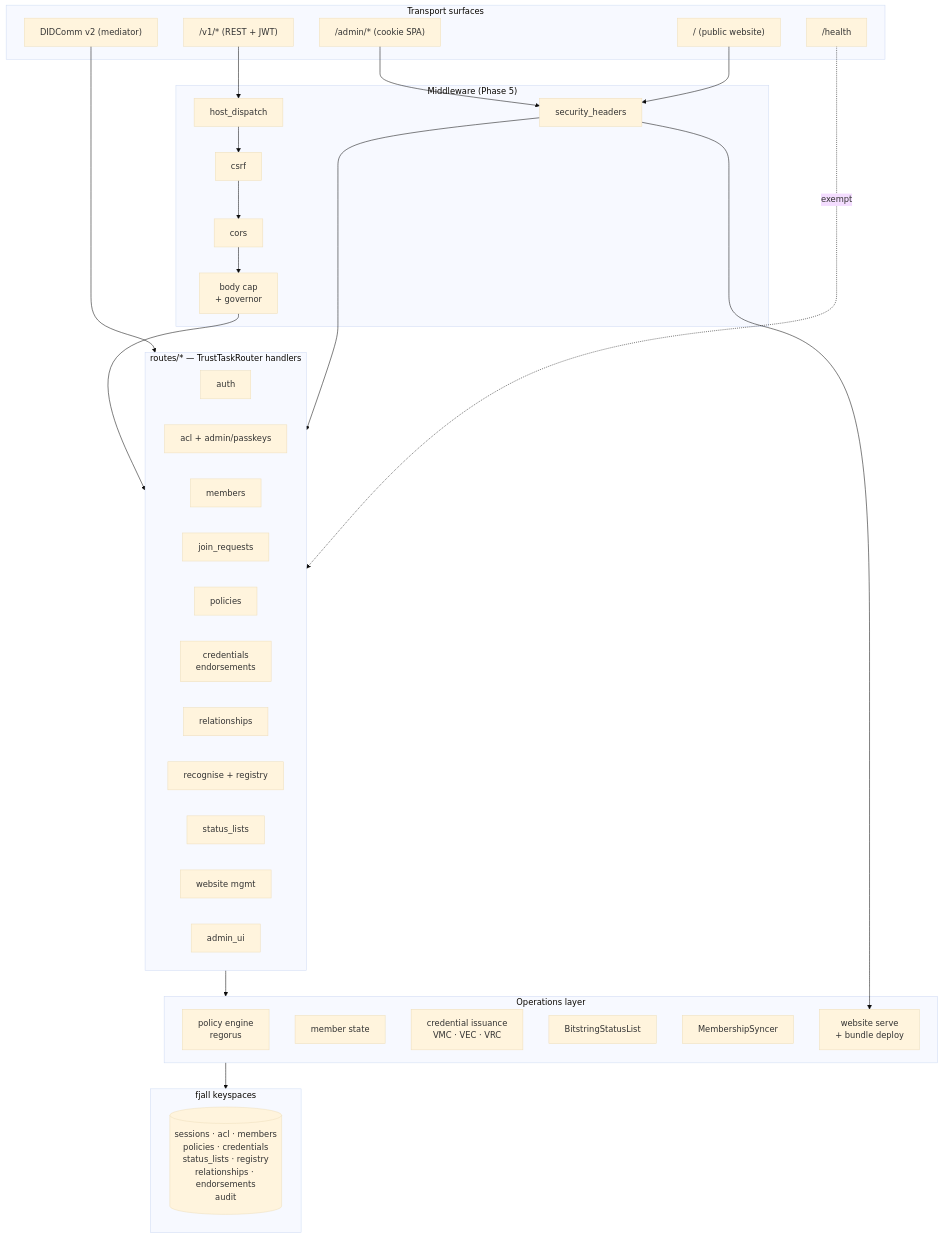
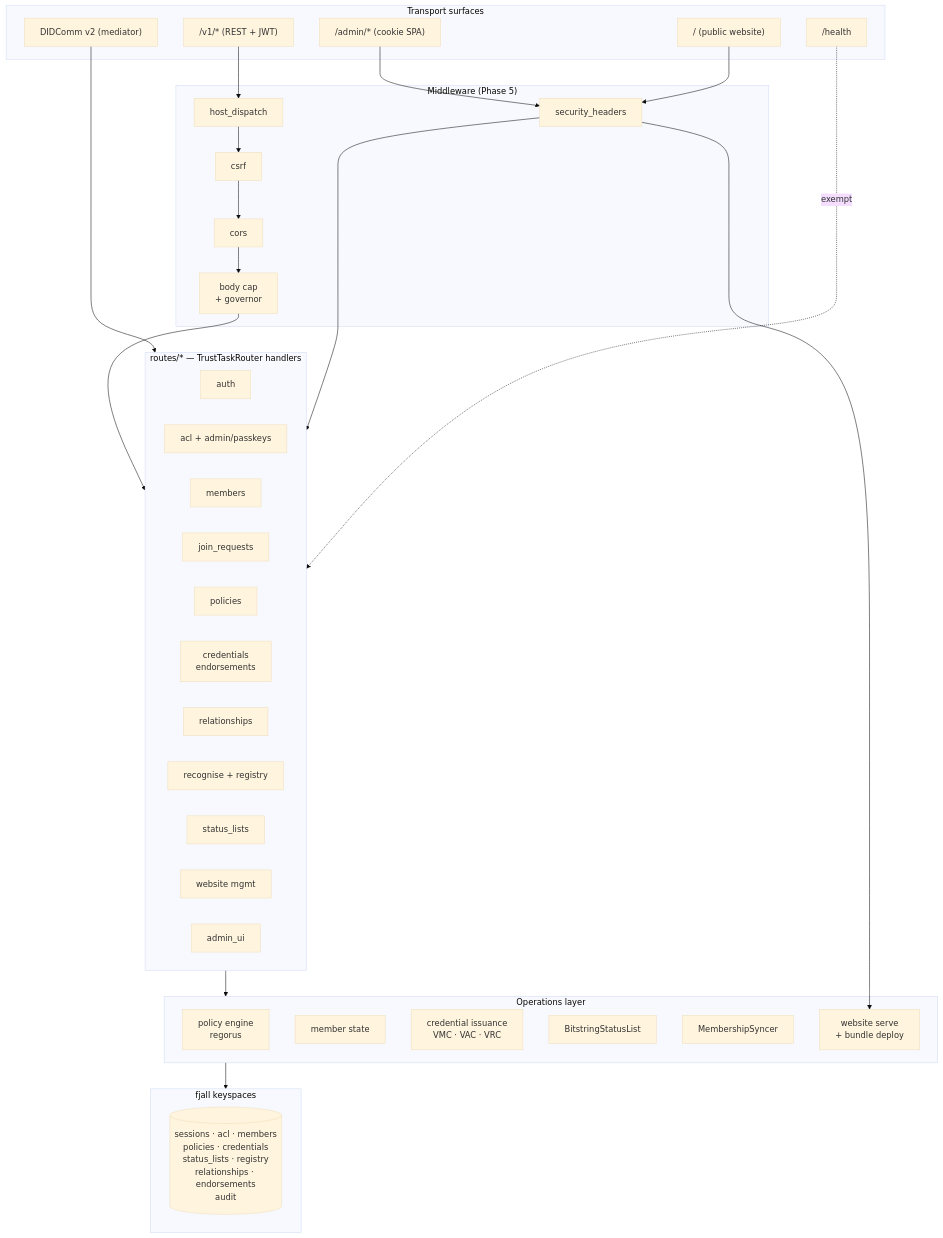
The first of 4 diagrams in docs/03-vtc/architecture.md (OpenVTC/verifiable-trust-infrastructure), drawn with Mermaid (base theme) before and after one commit. The commit also changed other lines of this file and 46 other files, not shown here.

````diff
--- a/docs/03-vtc/architecture.md
+++ b/docs/03-vtc/architecture.md
@@ -8,54 +8,54 @@
 ```mermaid
 graph TB
     subgraph Transport["Transport surfaces"]
         REST["/v1/* (REST + JWT)"]
         DC["DIDComm v2 (mediator)"]
         ADMIN["/admin/* (cookie SPA)"]
         WEB["/ (public website)"]
         HEALTH["/health"]
     end
 
     subgraph Middleware["Middleware (Phase 5)"]
         HOST[host_dispatch]
         CSRF[csrf]
         CORS[cors]
         BODY[body cap<br/>+ governor]
         SH[security_headers]
     end
 
     subgraph Routes["routes/* — TrustTaskRouter handlers"]
         AUTH[auth]
         ACL[acl + admin/passkeys]
         MEMBERS[members]
         JR[join_requests]
         POL[policies]
         CRED[credentials<br/>endorsements]
         REL[relationships]
         REG[recognise + registry]
         SL[status_lists]
         WEBR[website mgmt]
         ADMINR[admin_ui]
     end
 
     subgraph Ops["Operations layer"]
         POLICY[policy engine<br/>regorus]
         MEM[member state]
-        ISSUE[credential issuance<br/>VMC · VEC · VRC]
+        ISSUE[credential issuance<br/>VMC · VAC · VRC]
         STATUS[BitstringStatusList]
         SYNC[MembershipSyncer]
         WEBSVC[website serve<br/>+ bundle deploy]
     end
 
     subgraph Storage["fjall keyspaces"]
         KS[(sessions · acl · members<br/>policies · credentials<br/>status_lists · registry<br/>relationships · endorsements<br/>audit)]
     end
 
     REST --> HOST --> CSRF --> CORS --> BODY --> Routes
     DC --> Routes
     ADMIN --> SH --> Routes
     WEB --> SH --> WEBSVC
     HEALTH -.exempt.-> Routes
 
     Routes --> Ops
     Ops --> Storage
 ```
````
